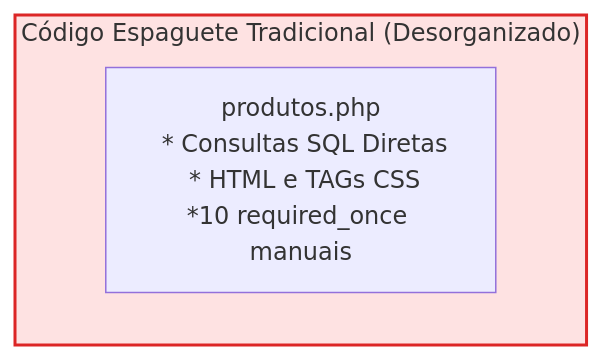
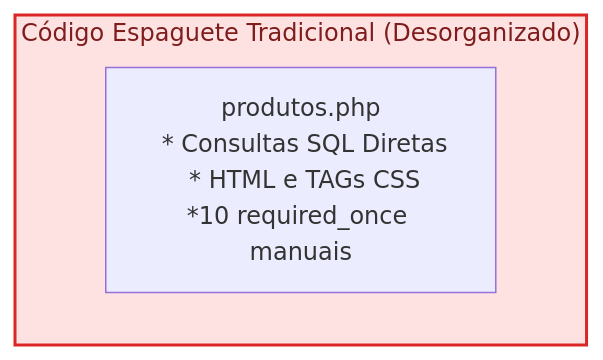
One commit to CaioCaminoto/BackEnd changed diagram 24 of 27 in README.md. Above: the diagram before and after it, drawn with Mermaid. The commit also changed other lines of this file, not shown here.

````diff
--- a/README.md
+++ b/README.md
@@ -1958,9 +1956,9 @@
 ```mermaid
 flowchart TD
     subgraph Caotico ["Código Espaguete Tradicional (Desorganizado)"]
         arq["produtos.php<br/> * Consultas SQL Diretas<br/> * HTML e TAGs CSS<br/>*10 required_once manuais"]
     end
 
-    style Caotico fill:#fee2e2, stroke:#dc2626, stroke-width:2px, color:#
+    style Caotico fill:#fee2e2, stroke:#dc2626, stroke-width:2px, color:#7f1d1d
 
 ```
````
